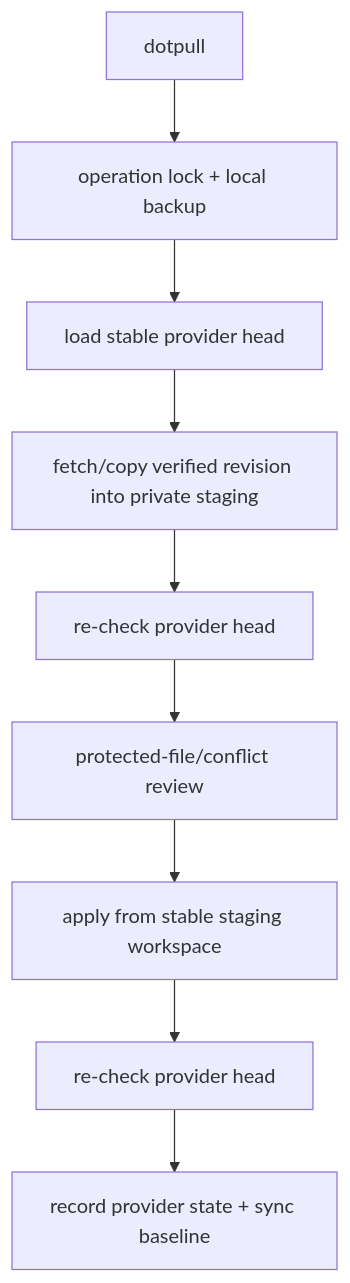
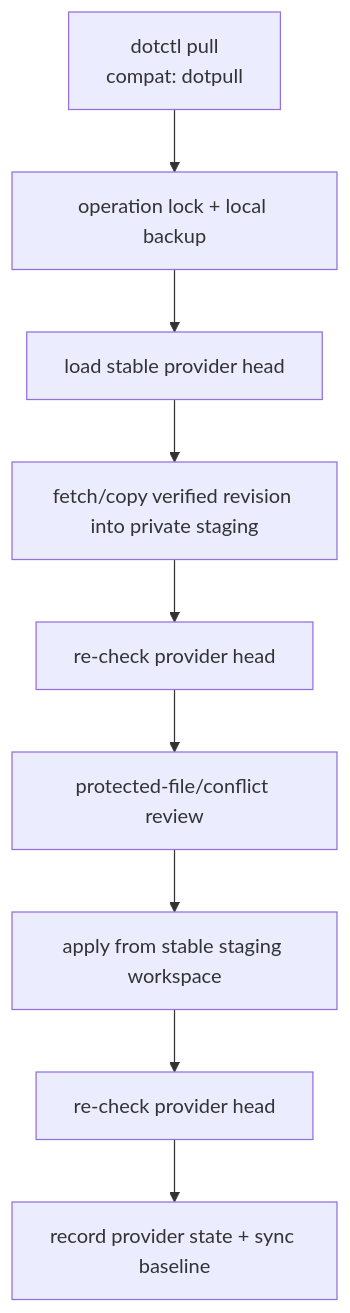
The sixth of 11 diagrams in docs/wiki/Code-Architecture.md (Kim-WooJong/Initial-setup), drawn with Mermaid before and after one commit. The commit also changed other lines of this file and 172 other files, not shown here.

````diff
--- a/docs/wiki/Code-Architecture.md
+++ b/docs/wiki/Code-Architecture.md
@@ -229,11 +247,11 @@
 ```mermaid
 flowchart TD
-    A[dotpull] --> B[operation lock + local backup]
+    A[dotctl pull<br/>compat: dotpull] --> B[operation lock + local backup]
     B --> C[load stable provider head]
     C --> D[fetch/copy verified revision into private staging]
     D --> E[re-check provider head]
     E --> F[protected-file/conflict review]
     F --> G[apply from stable staging workspace]
     G --> H[re-check provider head]
     H --> I[record provider state + sync baseline]
 ```
````
